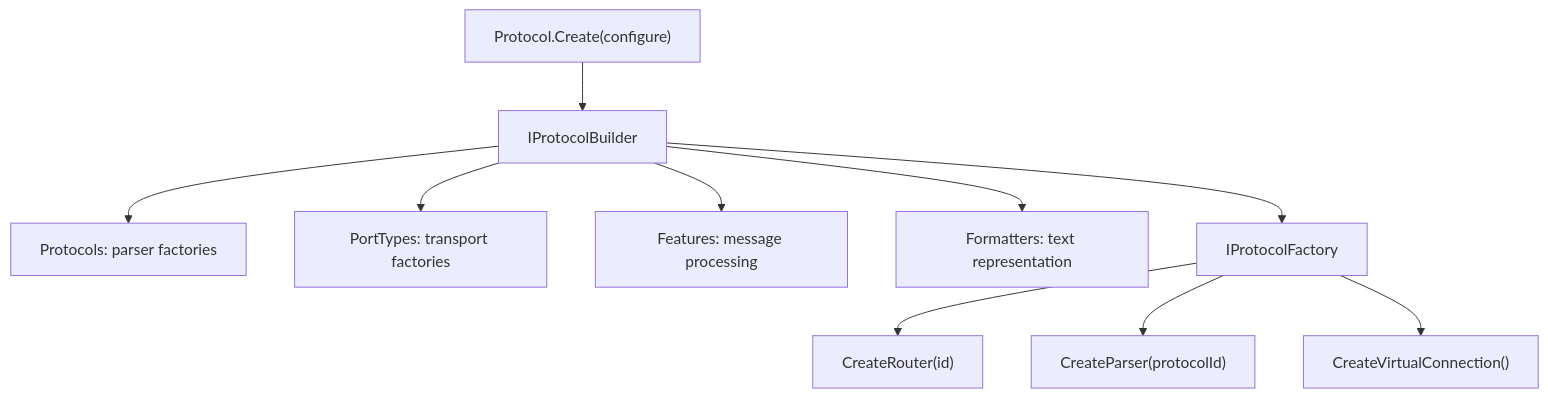
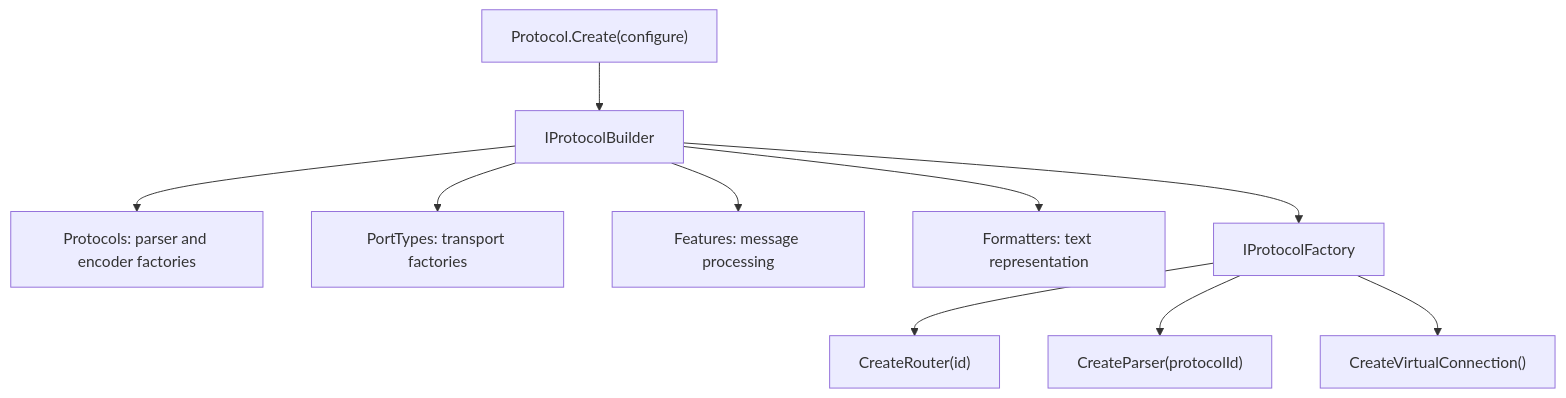
The first of 2 diagrams in src/Writerside/topics/IO-Protocols.md (asv-soft/asv-common), drawn with Mermaid before and after one commit. The commit also changed other lines of this file and 19 other files, not shown here.

````diff
--- a/src/Writerside/topics/IO-Protocols.md
+++ b/src/Writerside/topics/IO-Protocols.md
@@ -7,12 +7,12 @@
 ```mermaid
 flowchart TD
     Configure["Protocol.Create(configure)"] --> Builder["IProtocolBuilder"]
-    Builder --> Protocols["Protocols: parser factories"]
+    Builder --> Protocols["Protocols: parser and encoder factories"]
     Builder --> Ports["PortTypes: transport factories"]
     Builder --> Features["Features: message processing"]
     Builder --> Formatters["Formatters: text representation"]
     Builder --> Factory["IProtocolFactory"]
     Factory --> Router["CreateRouter(id)"]
     Factory --> Parser["CreateParser(protocolId)"]
     Factory --> Virtual["CreateVirtualConnection()"]
 ```
````
